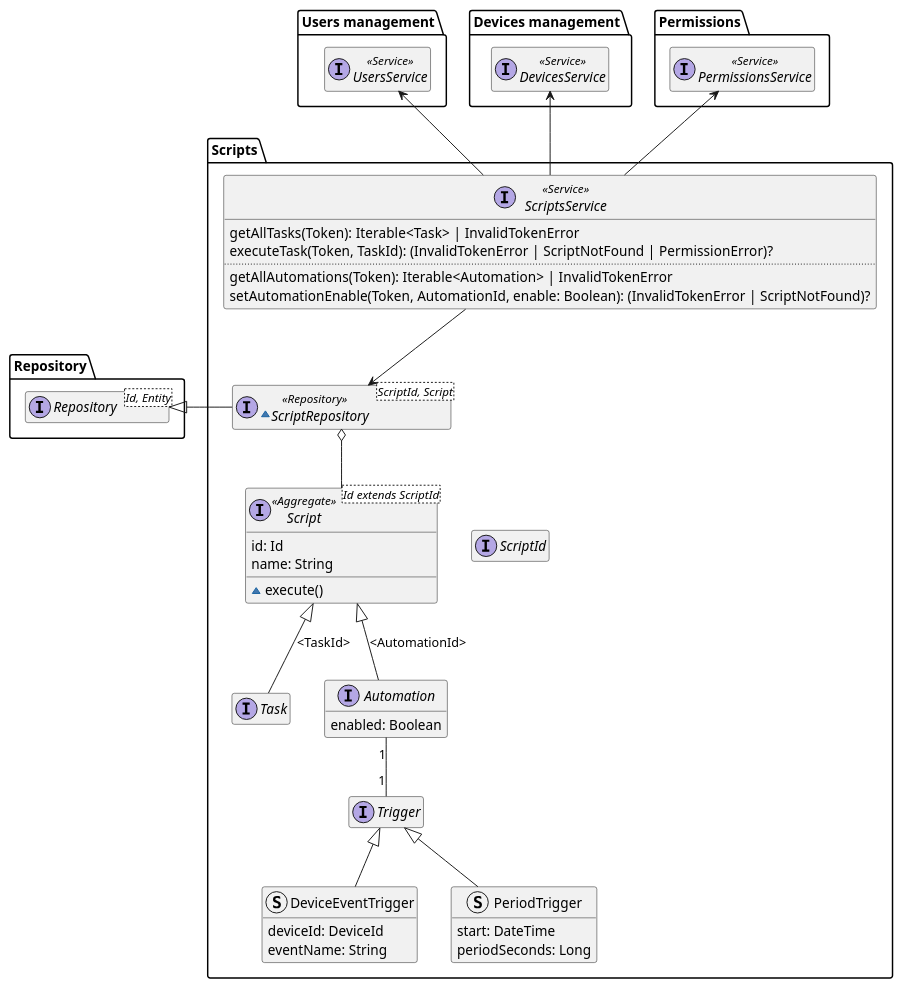
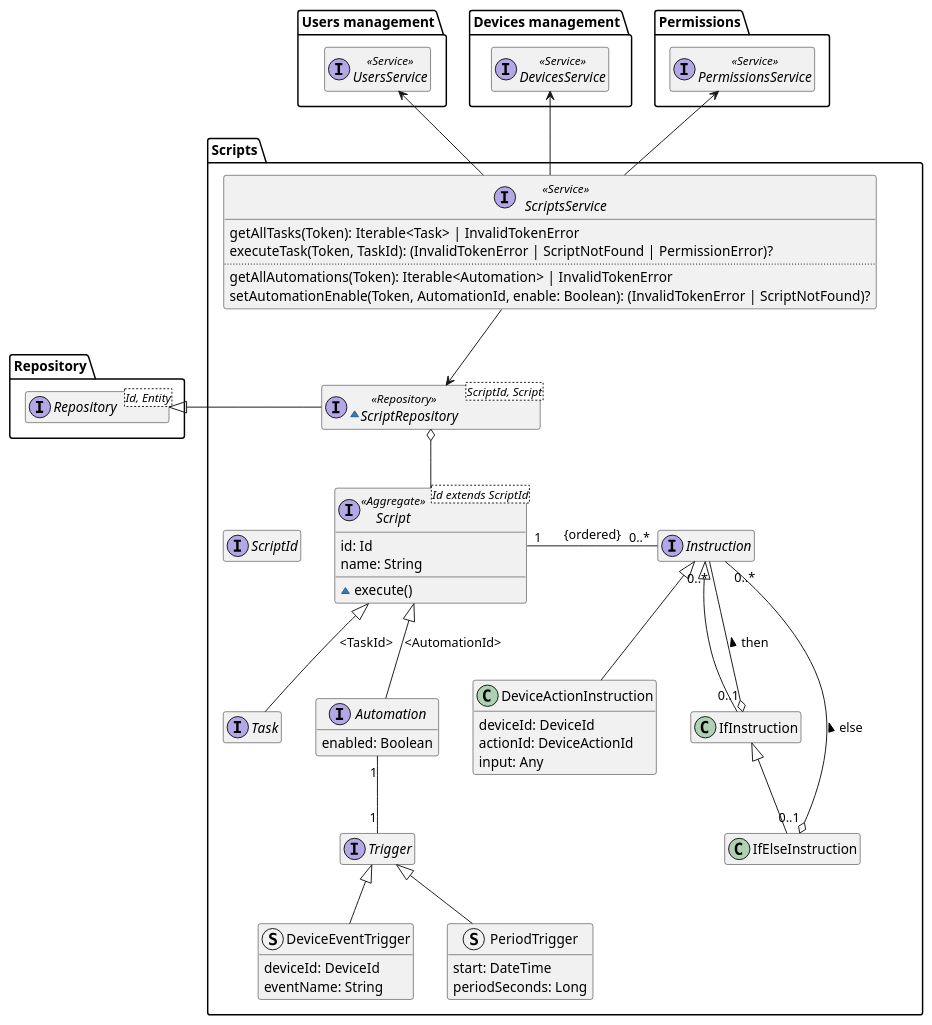
Before and after one commit to DomoticASW/.github: the diagram in diagrams/src/scripts-domain-model.puml, drawn with PlantUML. The commit also changed 1 other file, not shown here.

Commit message:
Add some Instruction subclasses

```diff
--- a/diagrams/src/scripts-domain-model.puml
+++ b/diagrams/src/scripts-domain-model.puml
@@ -1,70 +1,90 @@
 @startuml scripts-domain-model
 
 hide empty members
 package Repository{
     interface Repository<Id, Entity>
 }
 
 package "Users management" as UsersManagement {
     interface UsersService <<Service>>
 }
 
 package "Devices management" as DevicesManagement {
     interface DevicesService <<Service>>
 }
 
 package Permissions {
     interface PermissionsService <<Service>>
 }
 
 package "Scripts" {
 
     interface ScriptId
 
     interface Script<Id extends ScriptId> <<Aggregate>> {
         id: Id
         name: String
         ~execute()
     }
 
     interface Task
     interface Automation {
         enabled: Boolean
     }
 
     interface Trigger
 
     struct DeviceEventTrigger extends Trigger {
         deviceId: DeviceId
         eventName: String
     }
 
     struct PeriodTrigger extends Trigger {
         start: DateTime
         periodSeconds: Long
     }
 
+    interface Instruction {
+    }
+
+    class DeviceActionInstruction extends Instruction {
+        deviceId: DeviceId
+        actionId: DeviceActionId
+        input: Any
+    }
+
+    class IfInstruction extends Instruction {
+        ' TODO: condition
+    }
+
+    class IfElseInstruction extends IfInstruction {
+        ' TODO: condition
+    }
+
     ~interface ScriptRepository<ScriptId, Script> <<Repository>> {
     }
     ScriptRepository -l-|> Repository.Repository
     ScriptRepository o-- Script
 
     interface ScriptsService <<Service>> {
         getAllTasks(Token): Iterable<Task> | InvalidTokenError
         executeTask(Token, TaskId): (InvalidTokenError | ScriptNotFound | PermissionError)?
         ..
         getAllAutomations(Token): Iterable<Automation> | InvalidTokenError
         setAutomationEnable(Token, AutomationId, enable: Boolean): (InvalidTokenError | ScriptNotFound)?
     }
 
-    Script -[hidden] ScriptId
+    Script -l[hidden] ScriptId
     Script <|-- Task : "<TaskId>"
     Script <|-- Automation : "<AutomationId>"
     Automation "1" -- "1" Trigger
+    Script "1" -r- "0..*" Instruction : "{ordered}"
+    IfInstruction "0..1" o-- "0..*" Instruction : "then >"
+    IfElseInstruction "0..1" o-- "0..*" Instruction : "else >"
     ScriptsService --> ScriptRepository
     ScriptsService -u-> Permissions.PermissionsService
     ScriptsService -u-> DevicesManagement.DevicesService
     ScriptsService -u-> UsersManagement.UsersService
 }
 
 @enduml
```
